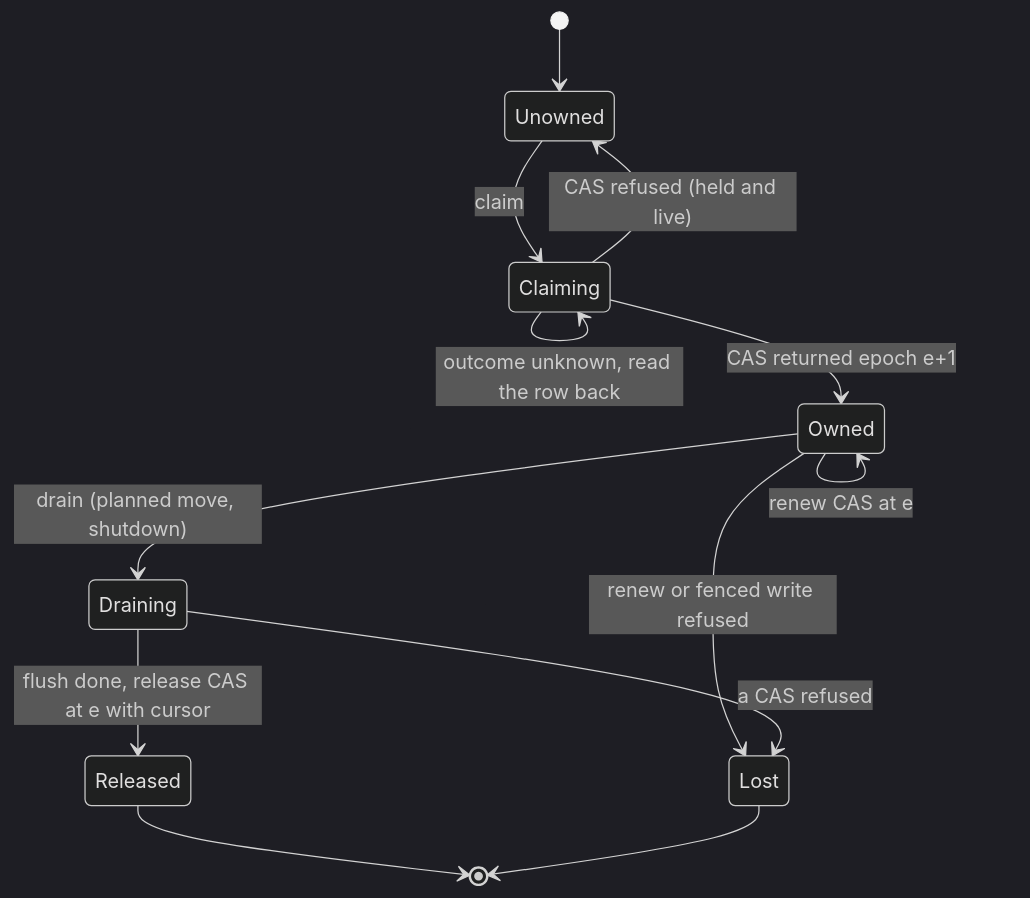
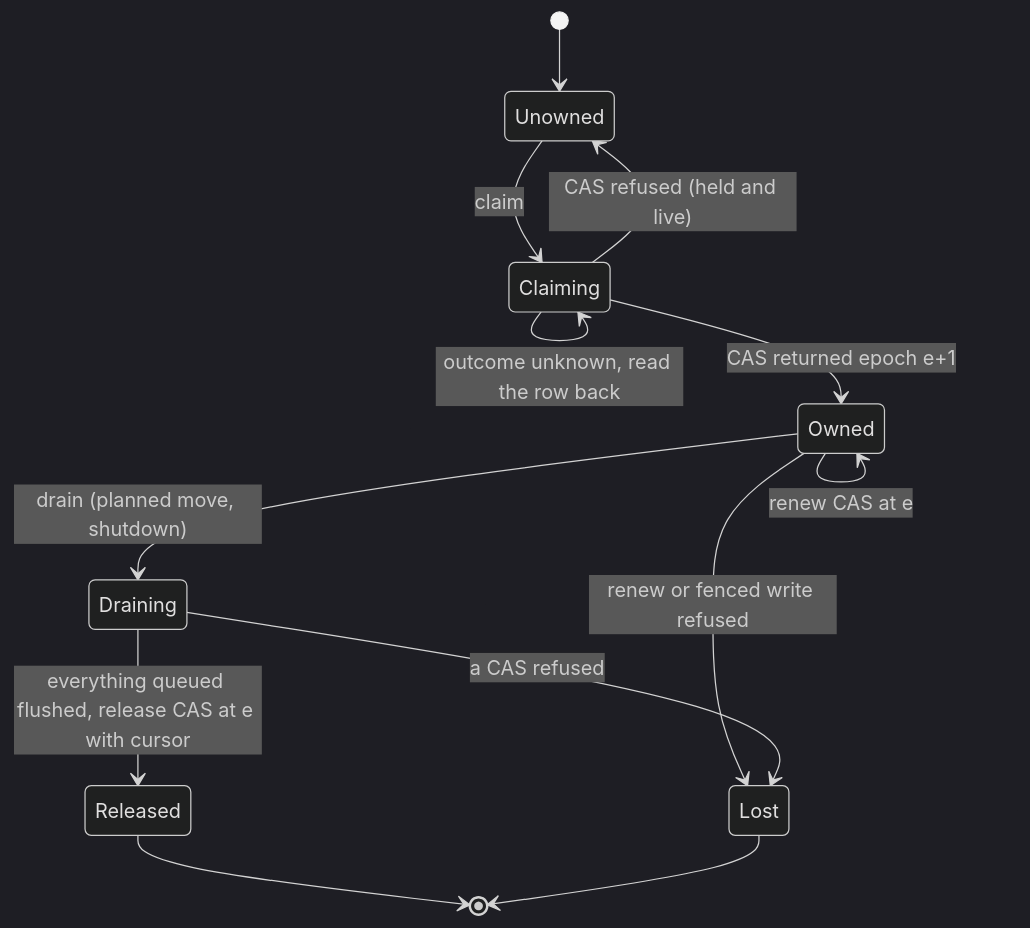
Before and after one commit to FeurJak/nanocode: the diagram in docs/CONCURRENCY.md, drawn with Mermaid (dark theme). The commit also changed other lines of this file, not shown here.

````diff
--- a/docs/CONCURRENCY.md
+++ b/docs/CONCURRENCY.md
@@ -30,15 +45,15 @@
 ```mermaid
 stateDiagram-v2
   [*] --> Unowned
   Unowned --> Claiming: claim
   Claiming --> Owned: CAS returned epoch e+1
   Claiming --> Unowned: CAS refused (held and live)
   Claiming --> Claiming: outcome unknown, read the row back
   Owned --> Owned: renew CAS at e
   Owned --> Draining: drain (planned move, shutdown)
   Owned --> Lost: renew or fenced write refused
-  Draining --> Released: flush done, release CAS at e with cursor
+  Draining --> Released: everything queued flushed, release CAS at e with cursor
   Draining --> Lost: a CAS refused
   Released --> [*]
   Lost --> [*]
 ```
````
